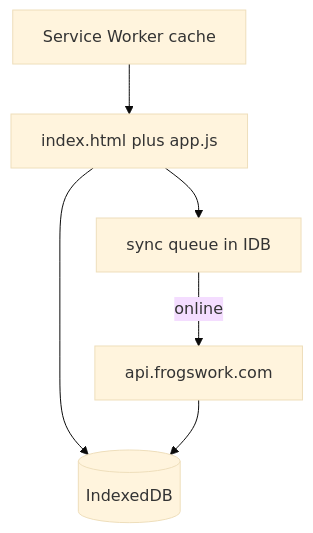
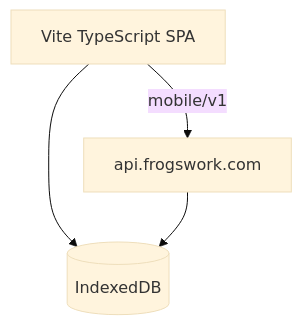
The fourth of 6 diagrams in docs/PLATFORM-ARCHITECTURE.md (KorraOne/FrogsWorkInvoicer), drawn with Mermaid (base theme) before and after one commit. The commit also changed other lines of this file and 30 other files, not shown here.

````diff
--- a/docs/PLATFORM-ARCHITECTURE.md
+++ b/docs/PLATFORM-ARCHITECTURE.md
@@ -251,14 +246,10 @@
 ```mermaid
 flowchart TB
-    UI[index.html plus app.js]
+    UI[Vite TypeScript SPA]
     IDB[(IndexedDB)]
-    Queue[sync queue in IDB]
-    SW[Service Worker cache]
     API[api.frogswork.com]
 
     UI --> IDB
-    UI --> Queue
-    Queue -->|online| API
+    UI -->|mobile/v1| API
     API --> IDB
-    SW --> UI
 ```
````
